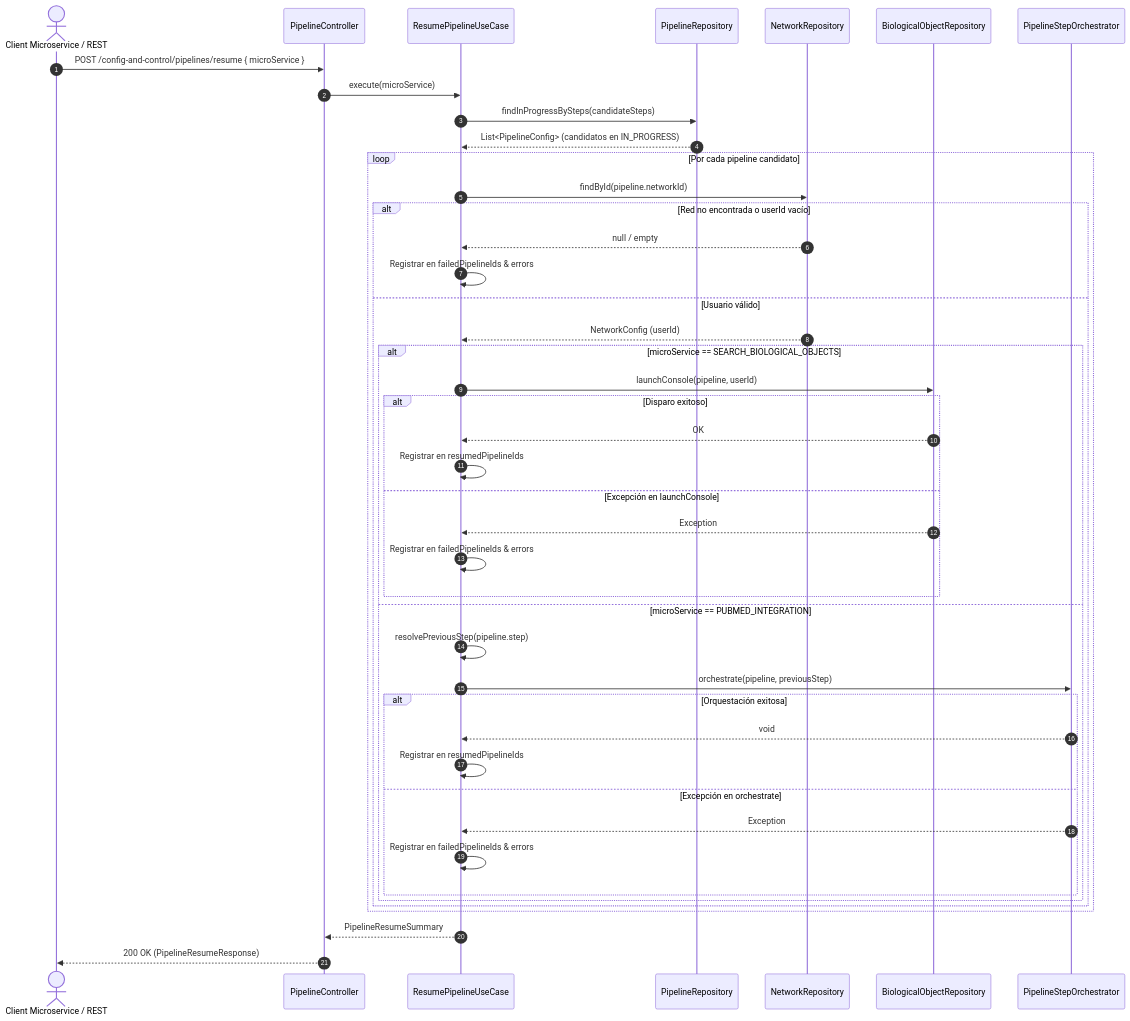
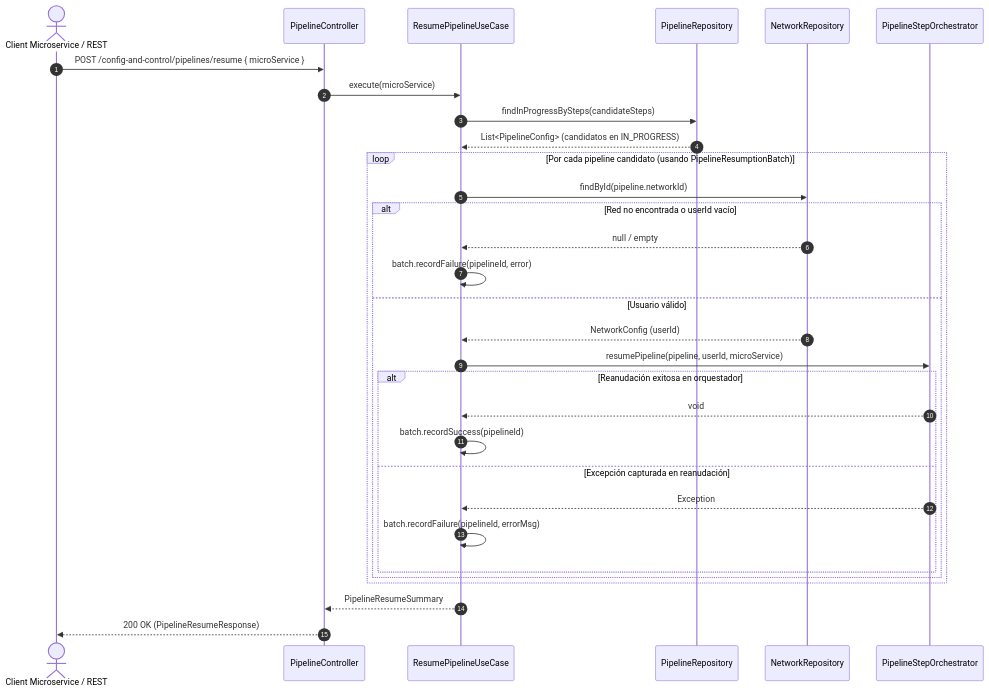
One commit to Biopatternsg-ms/config-and-control changed the diagram in .agents/use_cases/ResumePipelineUseCase.md. Above: the diagram before and after it, drawn with Mermaid. The commit also changed other lines of this file and 30 other files, not shown here.

Commit message:
feat: enhance pipeline orchestration with new resume functionality and refactor update methods

````diff
--- a/.agents/use_cases/ResumePipelineUseCase.md
+++ b/.agents/use_cases/ResumePipelineUseCase.md
@@ -45,51 +43,37 @@
 ```mermaid
 sequenceDiagram
     autonumber
     actor Microservicio as Client Microservice / REST
     participant Controller as PipelineController
     participant UseCase as ResumePipelineUseCase
     participant PipeRepo as PipelineRepository
     participant NetRepo as NetworkRepository
-    participant BioRepo as BiologicalObjectRepository
     participant Orchestrator as PipelineStepOrchestrator
 
     Microservicio->>Controller: POST /config-and-control/pipelines/resume { microService }
     Controller->>UseCase: execute(microService)
     
     UseCase->>PipeRepo: findInProgressBySteps(candidateSteps)
     PipeRepo-->>UseCase: List<PipelineConfig> (candidatos en IN_PROGRESS)
     
-    loop Por cada pipeline candidato
+    loop Por cada pipeline candidato (usando PipelineResumptionBatch)
         UseCase->>NetRepo: findById(pipeline.networkId)
         alt Red no encontrada o userId vacío
             NetRepo-->>UseCase: null / empty
-            UseCase->>UseCase: Registrar en failedPipelineIds & errors
+            UseCase->>UseCase: batch.recordFailure(pipelineId, error)
         else Usuario válido
             NetRepo-->>UseCase: NetworkConfig (userId)
-            
-            alt microService == SEARCH_BIOLOGICAL_OBJECTS
-                UseCase->>BioRepo: launchConsole(pipeline, userId)
-                alt Disparo exitoso
-                    BioRepo-->>UseCase: OK
-                    UseCase->>UseCase: Registrar en resumedPipelineIds
-                else Excepción en launchConsole
-                    BioRepo-->>UseCase: Exception
-                    UseCase->>UseCase: Registrar en failedPipelineIds & errors
-                end
-            else microService == PUBMED_INTEGRATION
-                UseCase->>UseCase: resolvePreviousStep(pipeline.step)
-                UseCase->>Orchestrator: orchestrate(pipeline, previousStep)
-                alt Orquestación exitosa
-                    Orchestrator-->>UseCase: void
-                    UseCase->>UseCase: Registrar en resumedPipelineIds
-                else Excepción en orchestrate
-                    Orchestrator-->>UseCase: Exception
-                    UseCase->>UseCase: Registrar en failedPipelineIds & errors
-                end
+            UseCase->>Orchestrator: resumePipeline(pipeline, userId, microService)
+            alt Reanudación exitosa en orquestador
+                Orchestrator-->>UseCase: void
+                UseCase->>UseCase: batch.recordSuccess(pipelineId)
+            else Excepción capturada en reanudación
+                Orchestrator-->>UseCase: Exception
+                UseCase->>UseCase: batch.recordFailure(pipelineId, errorMsg)
             end
         end
     end
     
     UseCase-->>Controller: PipelineResumeSummary
     Controller-->>Microservicio: 200 OK (PipelineResumeResponse)
 ```
````
